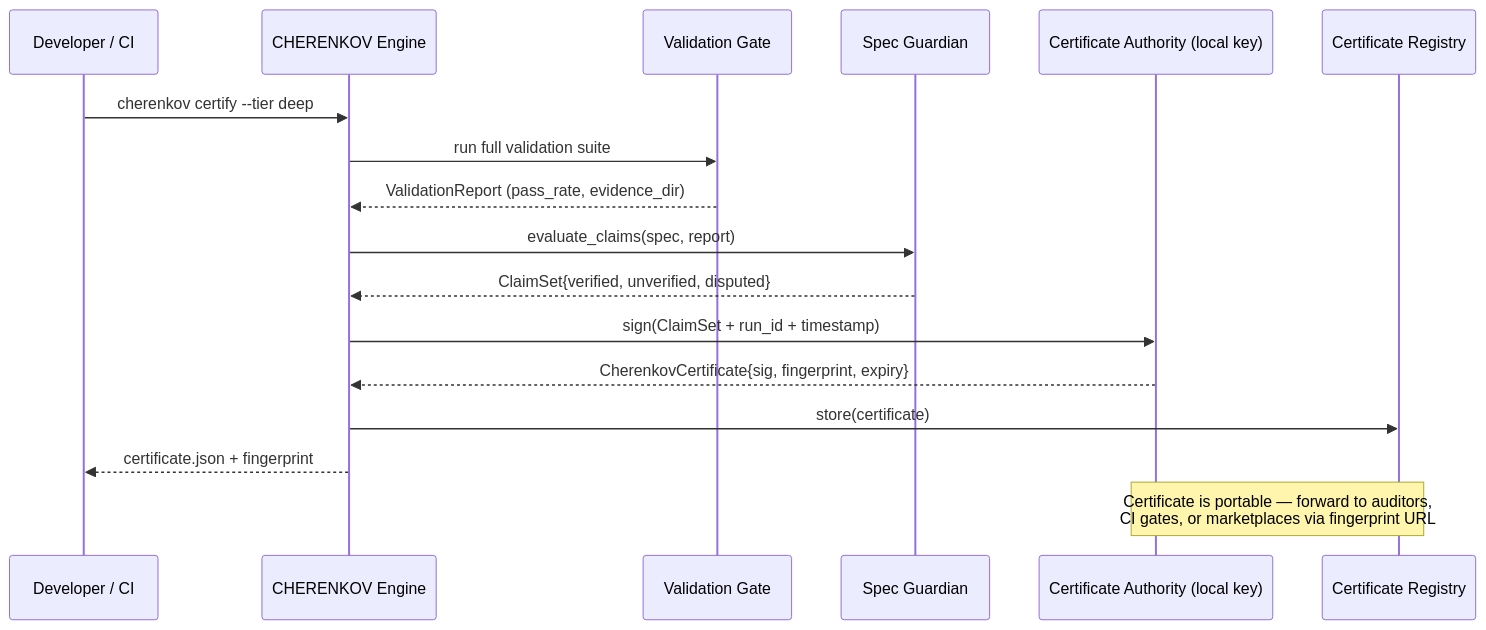
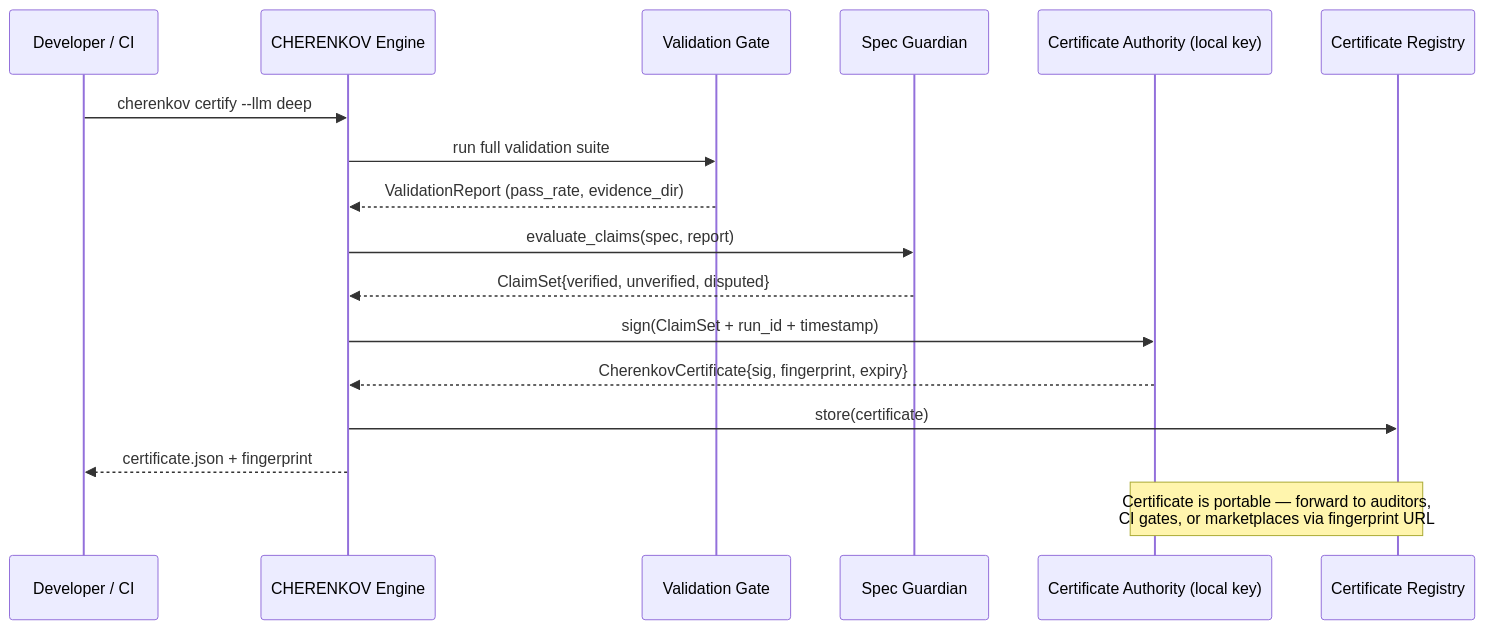
Diagram 17 of 17 in docs/diagrams/DIAGRAMS.md (moaidmoatasem/cherenkov-qa), drawn with Mermaid before and after one commit. The commit also changed other lines of this file and 66 other files, not shown here.

````diff
--- a/docs/diagrams/DIAGRAMS.md
+++ b/docs/diagrams/DIAGRAMS.md
@@ -416,20 +416,20 @@
 ```mermaid
 sequenceDiagram
   participant Dev as Developer / CI
   participant CK as CHERENKOV Engine
   participant VG as Validation Gate
   participant SG as Spec Guardian
   participant CA as Certificate Authority (local key)
   participant Reg as Certificate Registry
 
-  Dev->>CK: cherenkov certify --tier deep
+  Dev->>CK: cherenkov certify --llm deep
   CK->>VG: run full validation suite
   VG-->>CK: ValidationReport (pass_rate, evidence_dir)
   CK->>SG: evaluate_claims(spec, report)
   SG-->>CK: ClaimSet{verified, unverified, disputed}
   CK->>CA: sign(ClaimSet + run_id + timestamp)
   CA-->>CK: CherenkovCertificate{sig, fingerprint, expiry}
   CK->>Reg: store(certificate)
   CK-->>Dev: certificate.json + fingerprint
   Note over CA,Reg: Certificate is portable — forward to auditors,<br/>CI gates, or marketplaces via fingerprint URL
 ```
````
